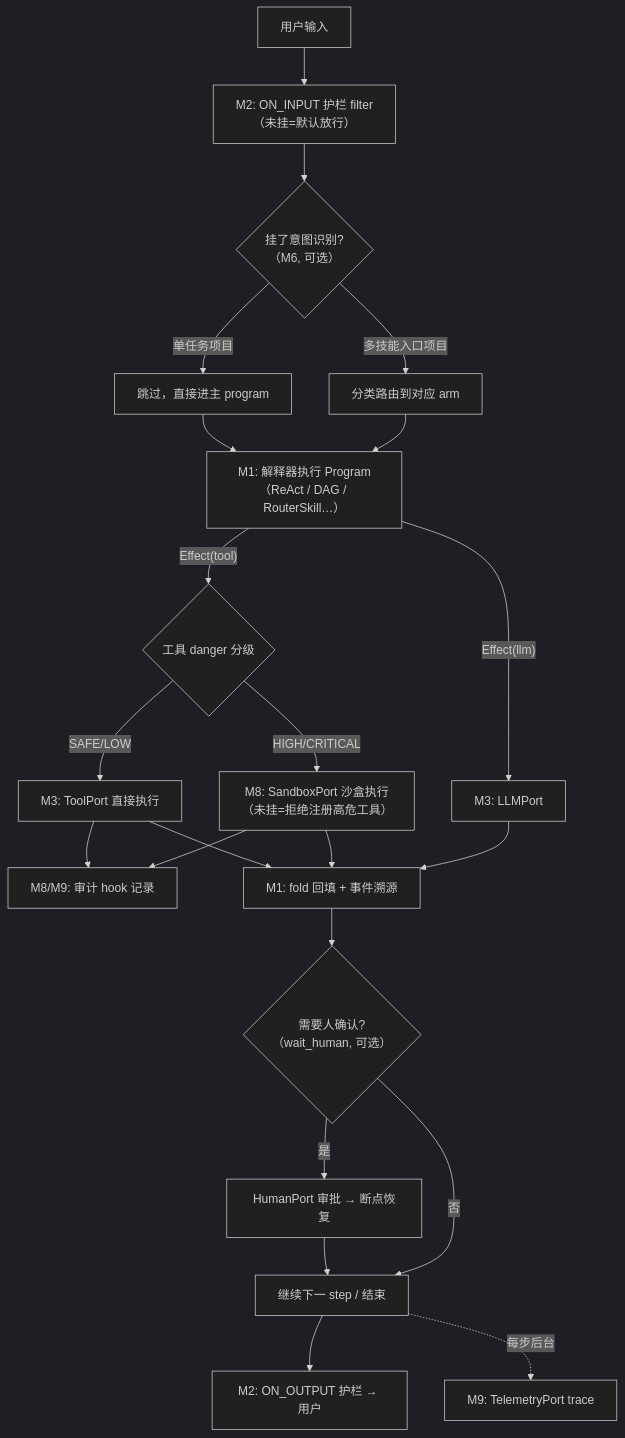
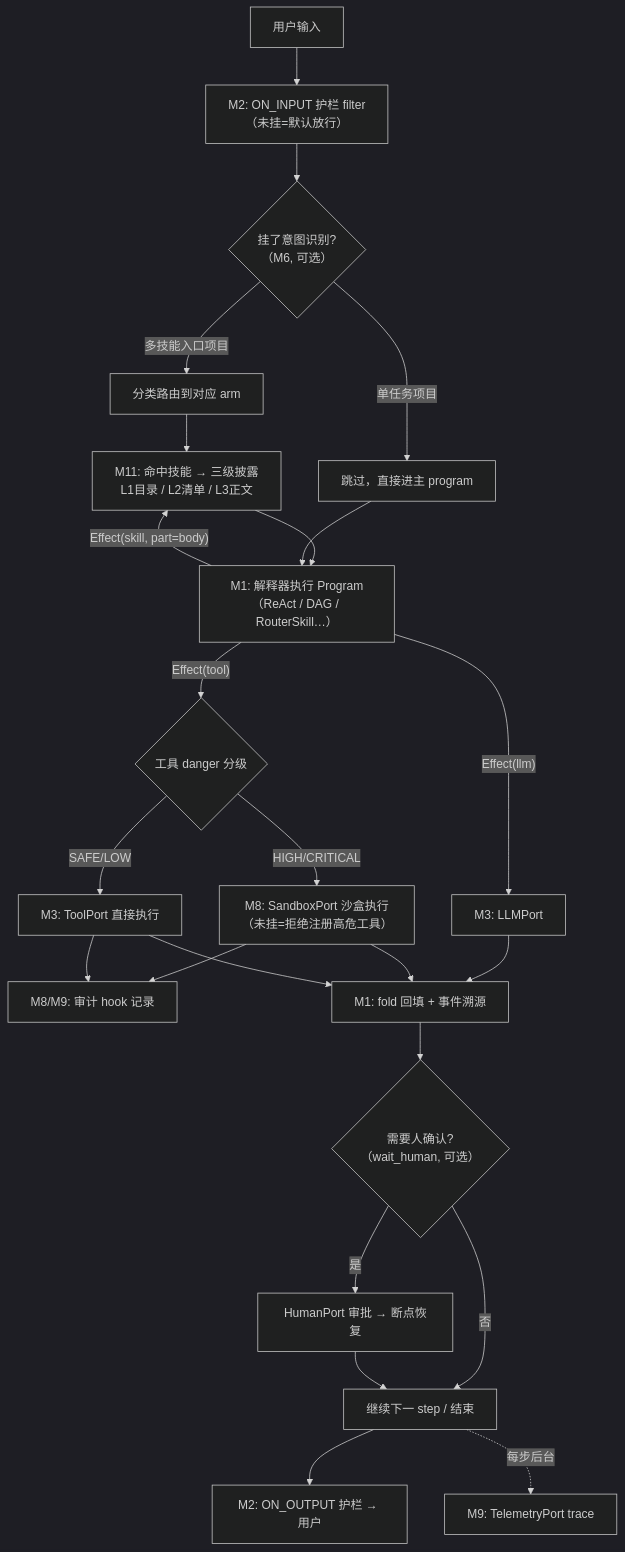
The diagram in docs/01-总览与设计/模块协作与场景适用指南.md (sao-lang/lll), drawn with Mermaid (dark theme) before and after one commit. The commit also changed other lines of this file and 40 other files, not shown here.

````diff
--- a/docs/01-总览与设计/模块协作与场景适用指南.md
+++ b/docs/01-总览与设计/模块协作与场景适用指南.md
@@ -11,24 +11,26 @@
 ```mermaid
 flowchart TD
     U["用户输入"] --> IN["M2: ON_INPUT 护栏 filter<br/>（未挂=默认放行）"]
     IN --> INT{"挂了意图识别?<br/>（M6, 可选）"}
     INT -->|"多技能入口项目"| ROUTE["分类路由到对应 arm"]
     INT -->|"单任务项目"| SKIP["跳过，直接进主 program"]
-    ROUTE --> MAIN["M1: 解释器执行 Program<br/>（ReAct / DAG / RouterSkill…）"]
+    ROUTE --> SKILL["M11: 命中技能 → 三级披露<br/>L1目录 / L2清单 / L3正文"]
+    SKILL --> MAIN["M1: 解释器执行 Program<br/>（ReAct / DAG / RouterSkill…）"]
+    MAIN -->|"Effect(skill, part=body)"| SKILL
     SKIP --> MAIN
     MAIN -->|"Effect(llm)"| LLM["M3: LLMPort"]
     MAIN -->|"Effect(tool)"| DGR{"工具 danger 分级"}
     DGR -->|"SAFE/LOW"| TP["M3: ToolPort 直接执行"]
     DGR -->|"HIGH/CRITICAL"| SB["M8: SandboxPort 沙盒执行<br/>（未挂=拒绝注册高危工具）"]
     SB --> AUD["M8/M9: 审计 hook 记录"]
     TP --> AUD
     LLM --> FOLD["M1: fold 回填 + 事件溯源"]
     SB --> FOLD
     TP --> FOLD
     FOLD --> HU{"需要人确认?<br/>（wait_human, 可选）"}
     HU -->|"是"| HITL["HumanPort 审批 → 断点恢复"]
     HU -->|"否"| LOOP["继续下一 step / 结束"]
     HITL --> LOOP
     LOOP --> OUT["M2: ON_OUTPUT 护栏 → 用户"]
     LOOP -.->|"每步后台"| OBS["M9: TelemetryPort trace"]
 ```
````
